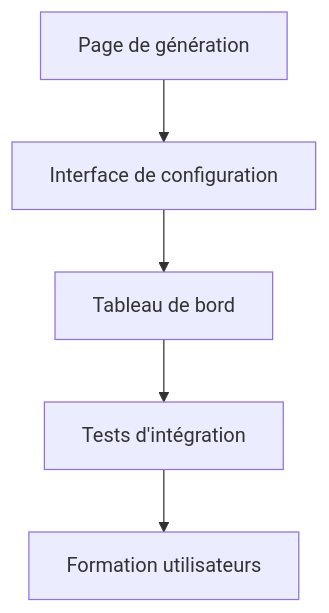
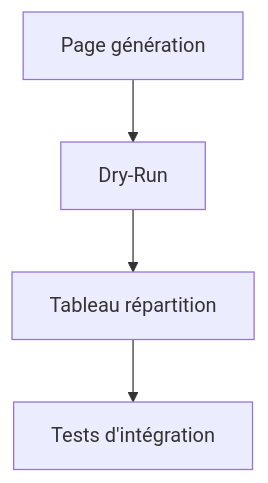
The third of 4 diagrams in .trae/documents/specification_repartition_livraisons.md (Medigone/log), drawn with Mermaid before and after one commit. The commit also changed other lines of this file and 39 other files, not shown here.

````diff
--- a/.trae/documents/specification_repartition_livraisons.md
+++ b/.trae/documents/specification_repartition_livraisons.md
@@ -564,7 +595,6 @@
 ```mermaid
 graph TD
-    A[Page de génération] --> B[Interface de configuration]
-    B --> C[Tableau de bord]
+    A[Page génération] --> B[Dry-Run]
+    B --> C[Tableau répartition]
     C --> D[Tests d'intégration]
-    D --> E[Formation utilisateurs]
 ```
````
